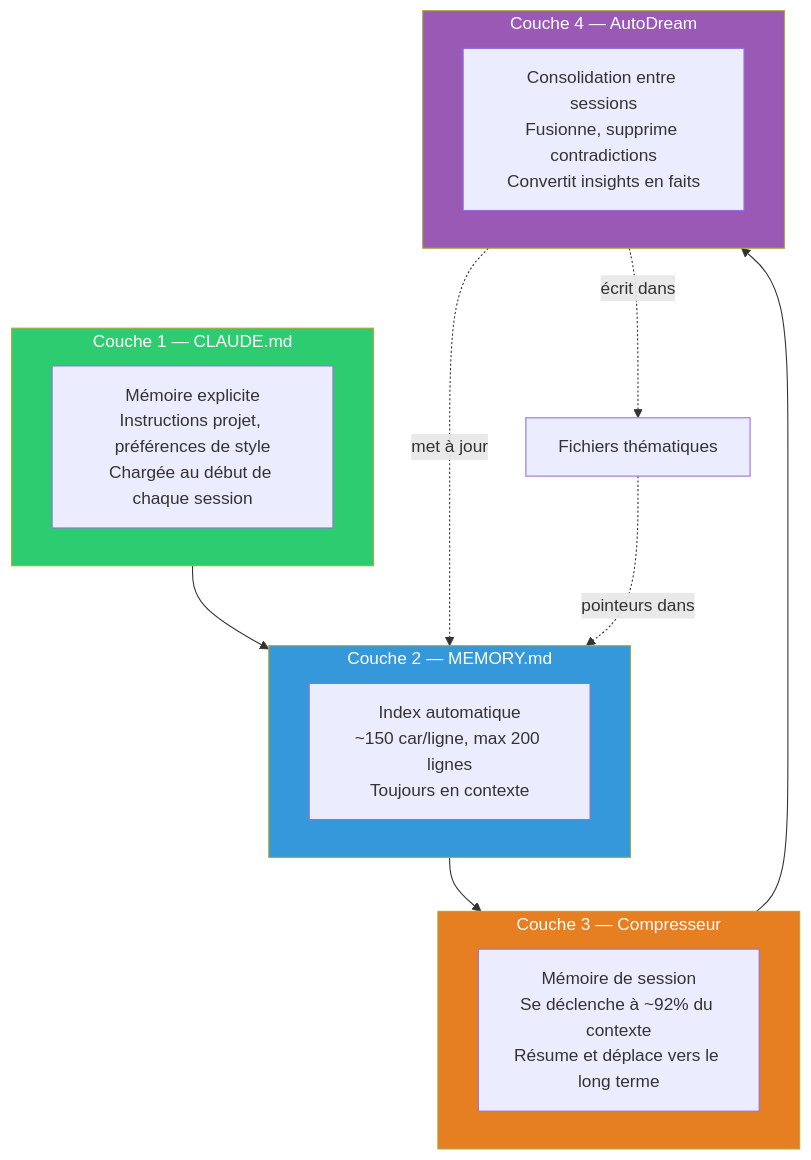
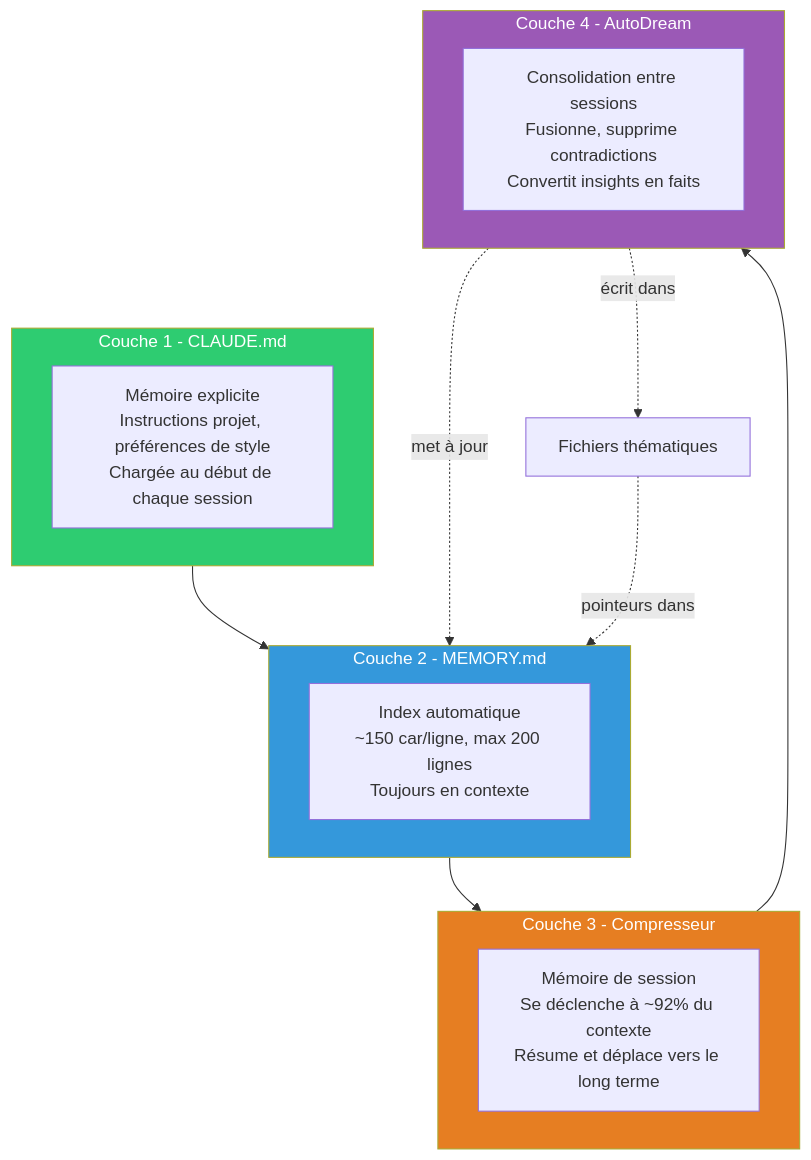
The fifth of 5 diagrams in _posts/2026-04-01-claude-code-leak.md (BastinFlorian/BastinFlorian.github.io), drawn with Mermaid before and after one commit. The commit also changed other lines of this file, not shown here.

Commit message:
FEAT(posts): add claude post

````diff
--- a/_posts/2026-04-01-claude-code-leak.md
+++ b/_posts/2026-04-01-claude-code-leak.md
@@ -247,34 +247,34 @@
 ```mermaid
 flowchart TB
-    subgraph C1["Couche 1 — CLAUDE.md"]
+    subgraph C1["Couche 1 - CLAUDE.md"]
         direction LR
         C1D["Mémoire explicite\nInstructions projet, préférences de style\nChargée au début de chaque session"]
     end
 
-    subgraph C2["Couche 2 — MEMORY.md"]
+    subgraph C2["Couche 2 - MEMORY.md"]
         direction LR
         C2D["Index automatique\n~150 car/ligne, max 200 lignes\nToujours en contexte"]
     end
 
-    subgraph C3["Couche 3 — Compresseur"]
+    subgraph C3["Couche 3 - Compresseur"]
         direction LR
         C3D["Mémoire de session\nSe déclenche à ~92% du contexte\nRésume et déplace vers le long terme"]
     end
 
-    subgraph C4["Couche 4 — AutoDream"]
+    subgraph C4["Couche 4 - AutoDream"]
         direction LR
         C4D["Consolidation entre sessions\nFusionne, supprime contradictions\nConvertit insights en faits"]
     end
 
     C1 --> C2
     C2 --> C3
     C3 --> C4
     C4 -.->|"met à jour"| C2
     C4 -.->|"écrit dans"| TF["Fichiers thématiques"]
     TF -.->|"pointeurs dans"| C2
 
     style C1 fill:#2ecc71,color:#fff
     style C2 fill:#3498db,color:#fff
     style C3 fill:#e67e22,color:#fff
     style C4 fill:#9b59b6,color:#fff
 ```
````
